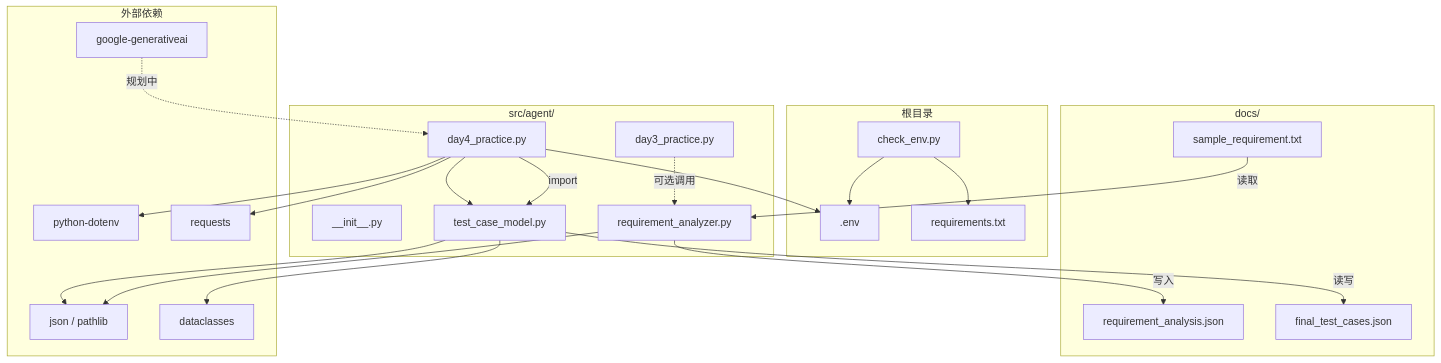
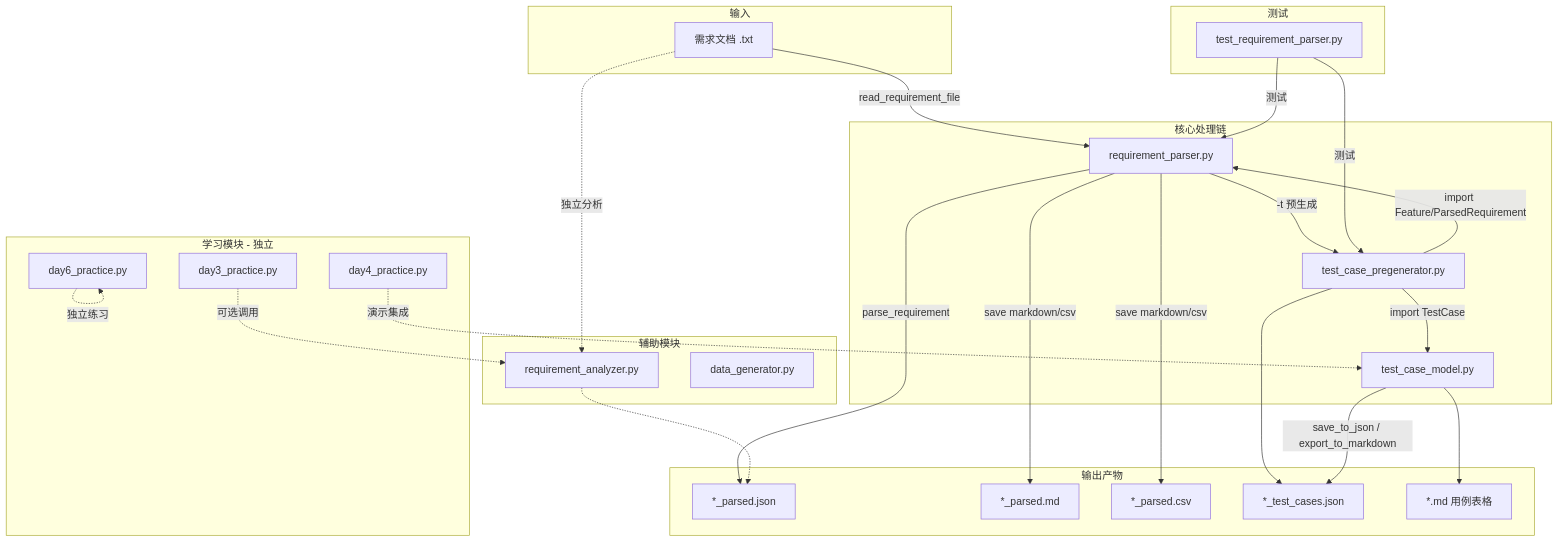
The first of 2 diagrams in docs/architecture.md (Envy-Jin/ai-test-agent), drawn with Mermaid before and after one commit. The commit also changed other lines of this file and 18 other files, not shown here.

````diff
--- a/docs/architecture.md
+++ b/docs/architecture.md
@@ -82,50 +96,56 @@
 ```mermaid
 flowchart TB
-    subgraph root [根目录]
-        check_env[check_env.py]
-        dotenv_file[.env]
-        req_txt[requirements.txt]
+    subgraph input [输入]
+        req_txt["需求文档 .txt"]
     end
 
-    subgraph docs_layer [docs/]
-        sample_req[sample_requirement.txt]
-        analysis_json[requirement_analysis.json]
-        cases_json[final_test_cases.json]
+    subgraph core [核心处理链]
+        parser["requirement_parser.py"]
+        pregen["test_case_pregenerator.py"]
+        model["test_case_model.py"]
     end
 
-    subgraph agent_pkg [src/agent/]
-        init[__init__.py]
-        analyzer[requirement_analyzer.py]
-        model[test_case_model.py]
-        day3[day3_practice.py]
-        day4[day4_practice.py]
+    subgraph auxiliary [辅助模块]
+        analyzer["requirement_analyzer.py"]
+        datagen["data_generator.py"]
     end
 
-    subgraph external [外部依赖]
-        json_lib[json / pathlib]
-        dataclass_lib[dataclasses]
-        dotenv_lib[python-dotenv]
-        requests_lib[requests]
-        gemini[google-generativeai]
+    subgraph output [输出产物]
+        json_out["*_parsed.json"]
+        md_out["*_parsed.md"]
+        csv_out["*_parsed.csv"]
+        cases_out["*_test_cases.json"]
+        cases_md["*.md 用例表格"]
     end
 
-    sample_req -->|读取| analyzer
-    analyzer -->|写入| analysis_json
+    subgraph tests_layer [测试]
+        test_parser["test_requirement_parser.py"]
+    end
+
+    subgraph practice [学习模块 - 独立]
+        day3["day3_practice.py"]
+        day4["day4_practice.py"]
+        day6["day6_practice.py"]
+    end
+
+    req_txt -->|read_requirement_file| parser
+    parser -->|parse_requirement| json_out
+    parser -->|save markdown/csv| md_out
+    parser -->|save markdown/csv| csv_out
+    parser -->|-t 预生成| pregen
+    pregen -->|import Feature/ParsedRequirement| parser
+    pregen -->|import TestCase| model
+    pregen --> cases_out
+    model -->|save_to_json / export_to_markdown| cases_out
+    model --> cases_md
+
+    req_txt -.->|独立分析| analyzer
+    analyzer -.-> json_out
+
+    test_parser -->|测试| parser
+    test_parser -->|测试| pregen
+
+    day4 -.->|演示集成| model
+    day6 -.->|独立练习| day6
     day3 -.->|可选调用| analyzer
-
-    model -->|读写| cases_json
-    day4 -->|import| model
-
-    analyzer --> json_lib
-    model --> json_lib
-    model --> dataclass_lib
-    day4 --> dotenv_lib
-    day4 --> requests_lib
-    day4 --> dotenv_file
-    day4 --> model
-
-    check_env --> dotenv_file
-    check_env --> req_txt
-
-    gemini -.->|规划中| day4
 ```
````
